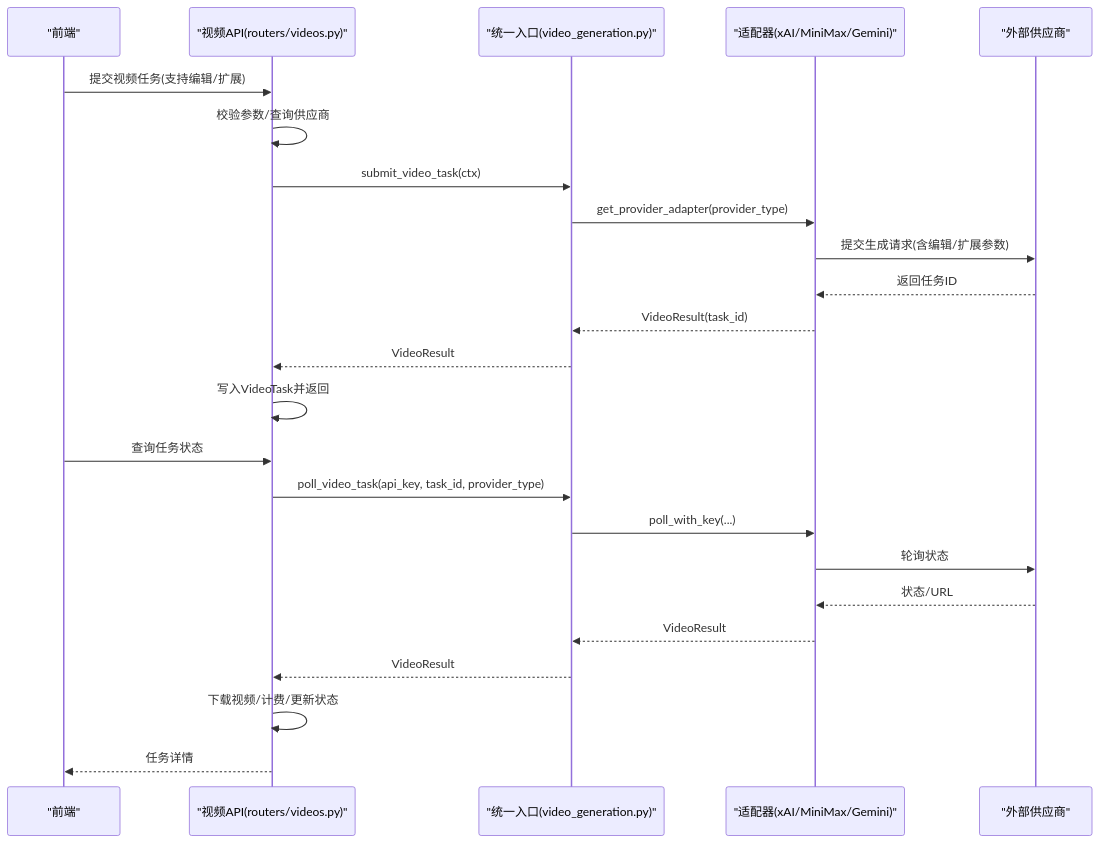
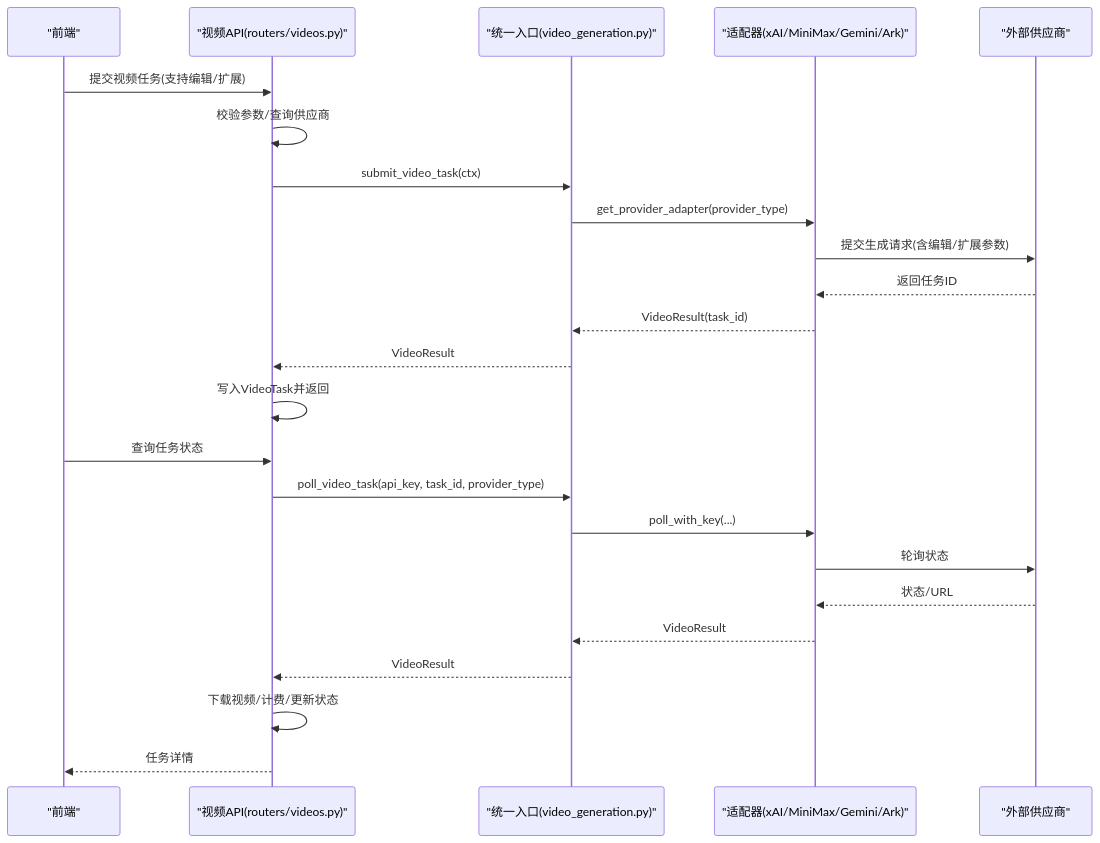
Before and after one commit to KunLabAI/KunFlix: the second of 6 diagrams in .qoder/repowiki/zh/content/后端服务架构/业务服务层/媒体生成服务/视频生成系统.md, drawn with Mermaid. The commit also changed other lines of this file and 10 other files, not shown here.

````diff
--- a/.qoder/repowiki/zh/content/后端服务架构/业务服务层/媒体生成服务/视频生成系统.md
+++ b/.qoder/repowiki/zh/content/后端服务架构/业务服务层/媒体生成服务/视频生成系统.md
@@ -127,26 +136,26 @@
 ```mermaid
 sequenceDiagram
 participant FE as "前端"
 participant API as "视频API(routers/videos.py)"
 participant SVC as "统一入口(video_generation.py)"
-participant ADP as "适配器(xAI/MiniMax/Gemini)"
+participant ADP as "适配器(xAI/MiniMax/Gemini/Ark)"
 participant EXT as "外部供应商"
 FE->>API : 提交视频任务(支持编辑/扩展)
 API->>API : 校验参数/查询供应商
 API->>SVC : submit_video_task(ctx)
 SVC->>ADP : get_provider_adapter(provider_type)
 ADP->>EXT : 提交生成请求(含编辑/扩展参数)
 EXT-->>ADP : 返回任务ID
 ADP-->>SVC : VideoResult(task_id)
 SVC-->>API : VideoResult
 API->>API : 写入VideoTask并返回
 FE->>API : 查询任务状态
 API->>SVC : poll_video_task(api_key, task_id, provider_type)
 SVC->>ADP : poll_with_key(...)
 ADP->>EXT : 轮询状态
 EXT-->>ADP : 状态/URL
 ADP-->>SVC : VideoResult
 SVC-->>API : VideoResult
 API->>API : 下载视频/计费/更新状态
 API-->>FE : 任务详情
 ```
````
